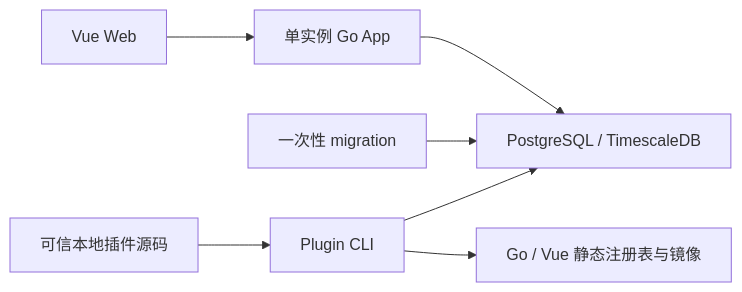
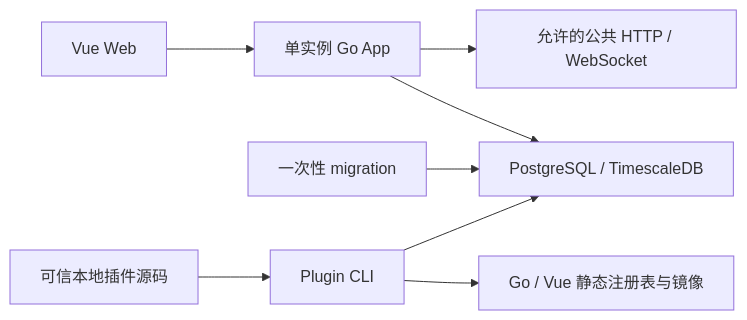
The first of 2 diagrams in docs/architecture/overview.md (CoderLTS/coinsphere-go), drawn with Mermaid before and after one commit. The commit also changed other lines of this file and 50 other files, not shown here.

````diff
--- a/docs/architecture/overview.md
+++ b/docs/architecture/overview.md
@@ -14,9 +14,10 @@
 ```mermaid
 flowchart LR
     WEB["Vue Web"] --> APP["单实例 Go App"]
     APP --> DB["PostgreSQL / TimescaleDB"]
     MIGRATE["一次性 migration"] --> DB
+    APP --> PUBLIC["允许的公共 HTTP / WebSocket"]
     SOURCE["可信本地插件源码"] --> CLI["Plugin CLI"]
     CLI --> BUILD["Go / Vue 静态注册表与镜像"]
     CLI --> DB
 ```
````
